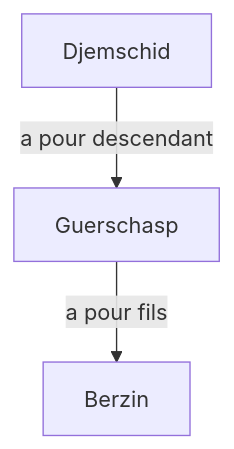
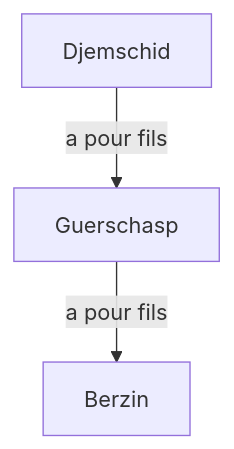
Before and after one commit to hdorgeval/le-livre-des-rois: the diagram in src/graphs/guerschasp/guerschasp.mmd, drawn with Mermaid.

Commit message:
feat(guerschasp): update genealogy graph

```diff
--- a/src/graphs/guerschasp/guerschasp.mmd
+++ b/src/graphs/guerschasp/guerschasp.mmd
@@ -1,3 +1,3 @@
 graph TD
-Djemschid --a pour descendant--> Guerschasp
+Djemschid --a pour fils--> Guerschasp
 Guerschasp --a pour fils--> Berzin
```
